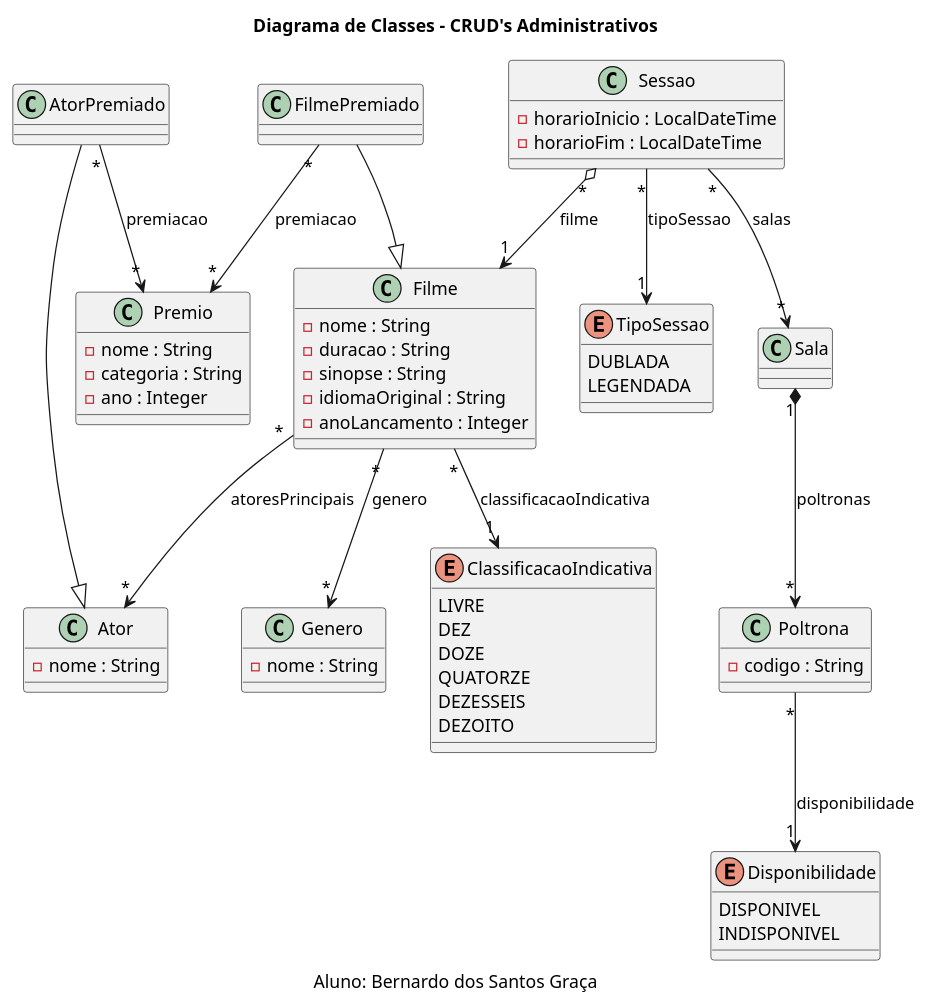
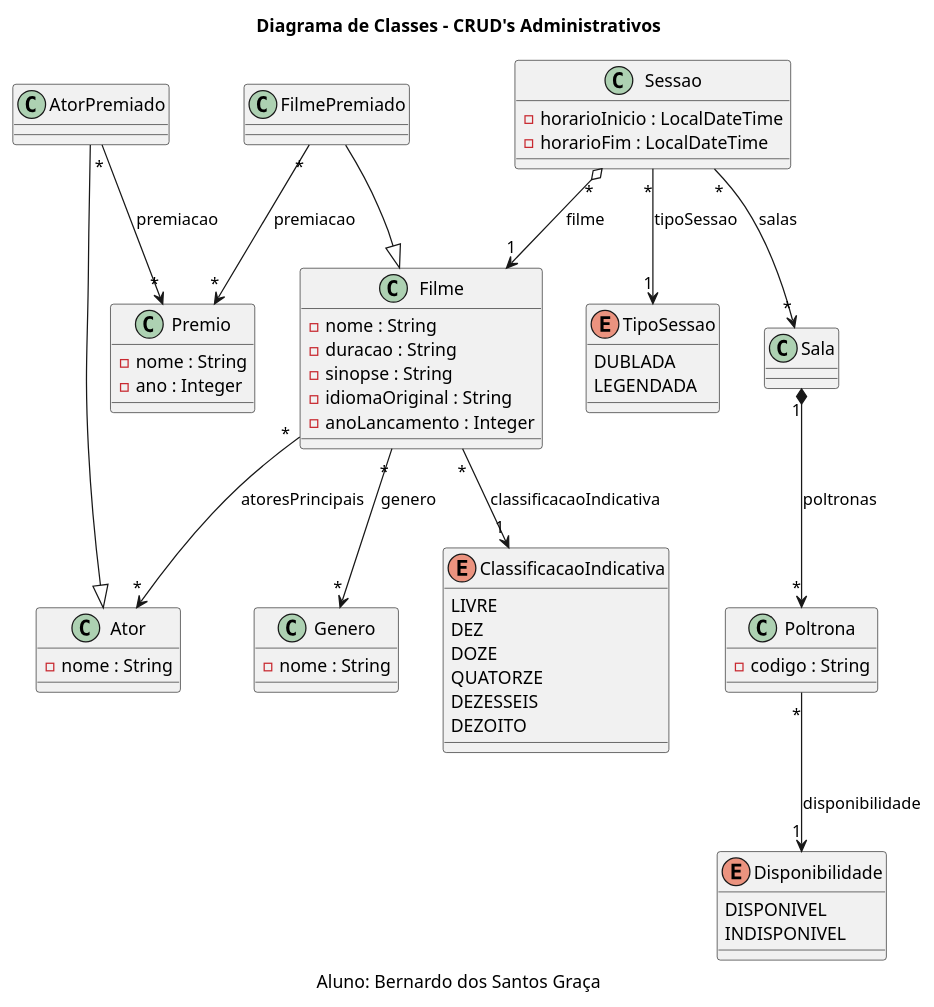
Before and after one commit to bernardoDSG/newsvi-tp1-api: the diagram in src/main/java/br/unitins/diagrams/classesProduto.puml, drawn with PlantUML. The commit also changed 19 other files, not shown here.

```diff
--- a/src/main/java/br/unitins/diagrams/classesProduto.puml
+++ b/src/main/java/br/unitins/diagrams/classesProduto.puml
@@ -1,102 +1,101 @@
 @startuml diagrama
 title Diagrama de Classes - CRUD's Administrativos
 caption Aluno: Bernardo dos Santos Graça
 
 ' --------------------
 ' Classes principais
 ' --------------------
 
 class Filme {
     - nome : String
     - duracao : String
     - sinopse : String
     - idiomaOriginal : String 
     - anoLancamento : Integer
 }
 
 enum Disponibilidade {
     DISPONIVEL
     INDISPONIVEL
 }
 
 
 enum TipoSessao {
     DUBLADA
     LEGENDADA
 }
 
 enum ClassificacaoIndicativa {
     LIVRE
     DEZ
     DOZE
     QUATORZE
     DEZESSEIS
     DEZOITO
 }
 
 class Premio {
     - nome : String
-    - categoria : String
     - ano : Integer
 }
 
 class Genero {
     - nome : String
 }
 
 
 class Ator {
     - nome : String
 }
 
 
 
 class Sessao {
     - horarioInicio : LocalDateTime
     - horarioFim : LocalDateTime
 
 }
 
 class Sala {
 }
 
 class Poltrona {
     - codigo : String
 }
 
 
 ' --------------------
 ' Subclasses
 ' --------------------
 class AtorPremiado {
 
 }
 
 class FilmePremiado {
 
 }
 
 
 
 
 ' --------------------
 ' Herança
 ' --------------------
 
 AtorPremiado --|> Ator
 FilmePremiado --|> Filme
 
 ' --------------------
 ' Relacionamentos
 ' --------------------
 Filme "*" --> "*" Ator : atoresPrincipais
 Filme "*" --> "*" Genero : genero
 FilmePremiado "*" --> "*" Premio : premiacao
 AtorPremiado "*" --> "*" Premio : premiacao
 Sessao "*" --> "1" TipoSessao : tipoSessao
 Sessao "*" --> "*" Sala : salas
 Sala "1" *--> "*" Poltrona : poltronas
 Sessao "*" o--> "1" Filme : filme
 Filme "*" --> "1" ClassificacaoIndicativa : classificacaoIndicativa
 Poltrona "*" --> "1" Disponibilidade : disponibilidade
 @enduml
```
